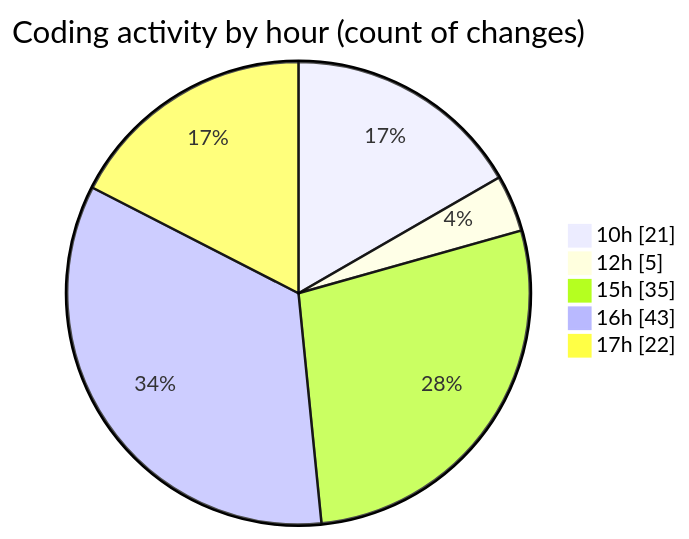
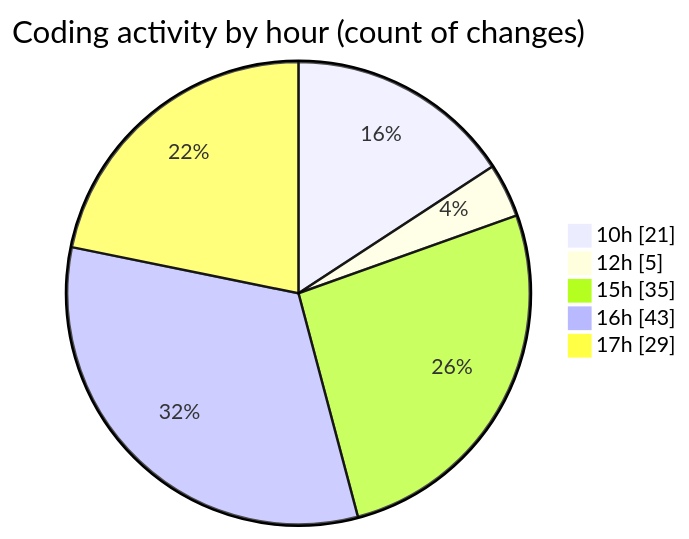
The second of 2 diagrams in 2025-08-27/cda/README.md (momahboobian/code-tracking), drawn with Mermaid before and after one commit. The commit also changed other lines of this file and 1 other file, not shown here.

````diff
--- a/2025-08-27/cda/README.md
+++ b/2025-08-27/cda/README.md
@@ -44,9 +44,9 @@
 ```mermaid
 pie showData
 title Coding activity by hour (count of changes)
 "10h" : 21
 "12h" : 5
 "15h" : 35
 "16h" : 43
-"17h" : 22
+"17h" : 29
 ```
````
